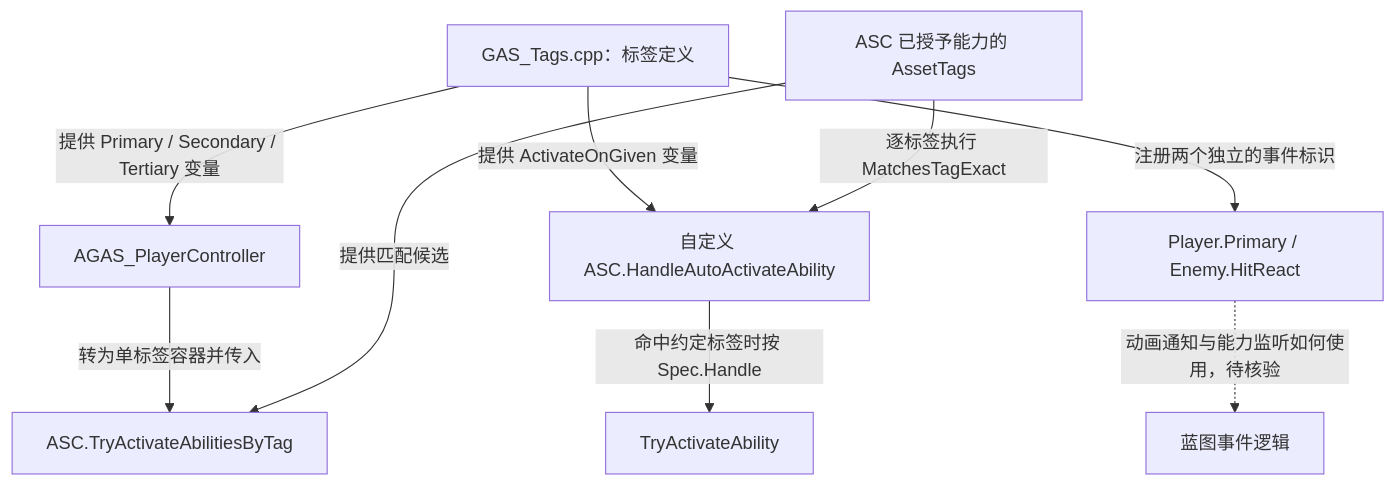
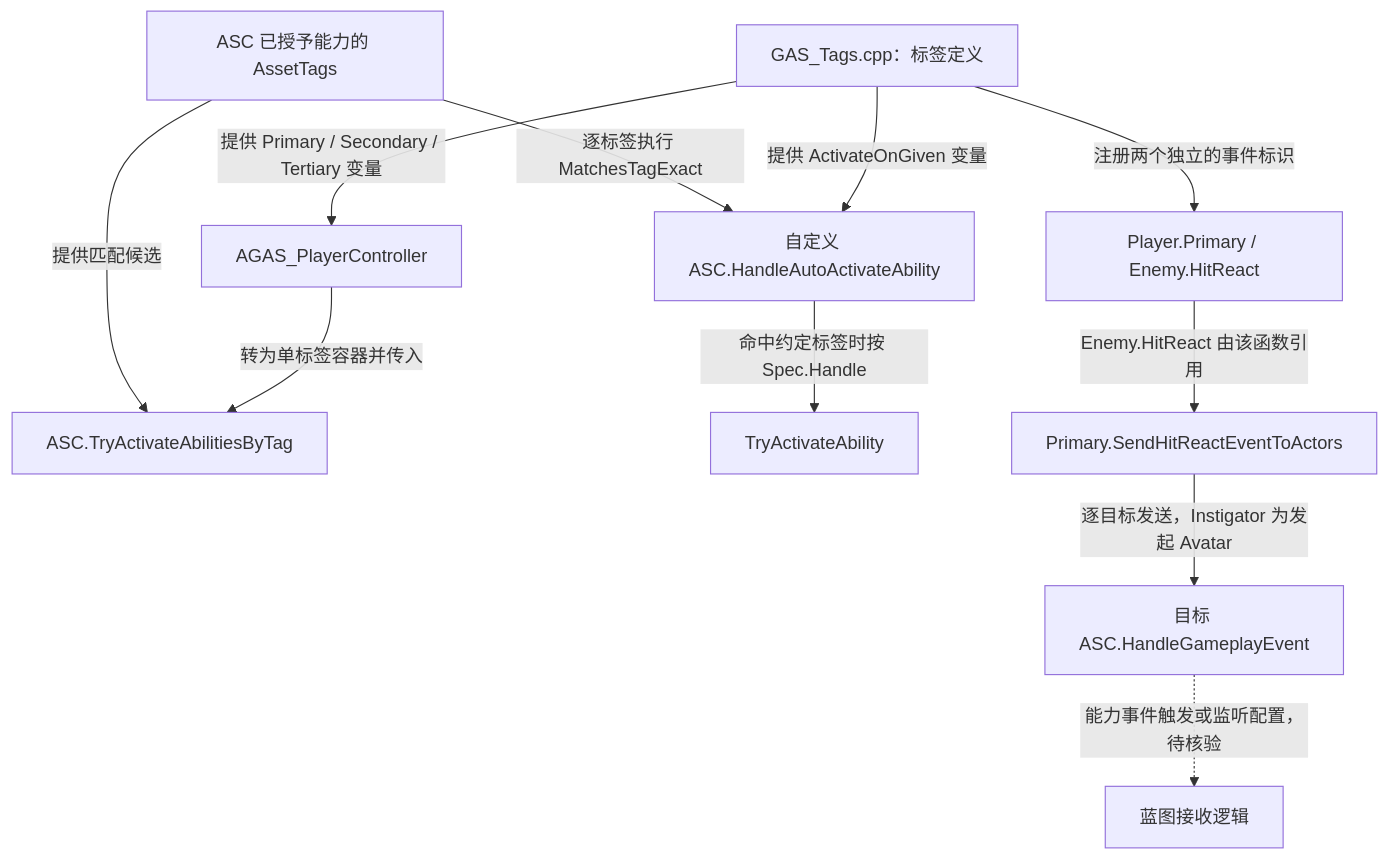
Before and after one commit to xue1ong/GAS_StudyNotes: the diagram in Tags/GameplayTags.md, drawn with Mermaid. The commit also changed other lines of this file and 12 other files, not shown here.

````diff
--- a/Tags/GameplayTags.md
+++ b/Tags/GameplayTags.md
@@ -54,11 +54,13 @@
 ```mermaid
 flowchart TD
     definitions["GAS_Tags.cpp：标签定义"] -->|"提供 Primary / Secondary / Tertiary 变量"| controller["AGAS_PlayerController"]
     controller -->|"转为单标签容器并传入"| query["ASC.TryActivateAbilitiesByTag"]
     granted["ASC 已授予能力的 AssetTags"] -->|"提供匹配候选"| query
     definitions -->|"提供 ActivateOnGiven 变量"| handler["自定义 ASC.HandleAutoActivateAbility"]
     granted -->|"逐标签执行 MatchesTagExact"| handler
     handler -->|"命中约定标签时按 Spec.Handle"| activate["TryActivateAbility"]
     definitions -->|"注册两个独立的事件标识"| events["Player.Primary / Enemy.HitReact"]
-    events -.->|"动画通知与能力监听如何使用，待核验"| assets["蓝图事件逻辑"]
+    events -->|"Enemy.HitReact 由该函数引用"| send["Primary.SendHitReactEventToActors"]
+    send -->|"逐目标发送，Instigator 为发起 Avatar"| target["目标 ASC.HandleGameplayEvent"]
+    target -.->|"能力事件触发或监听配置，待核验"| assets["蓝图接收逻辑"]
 ```
````
